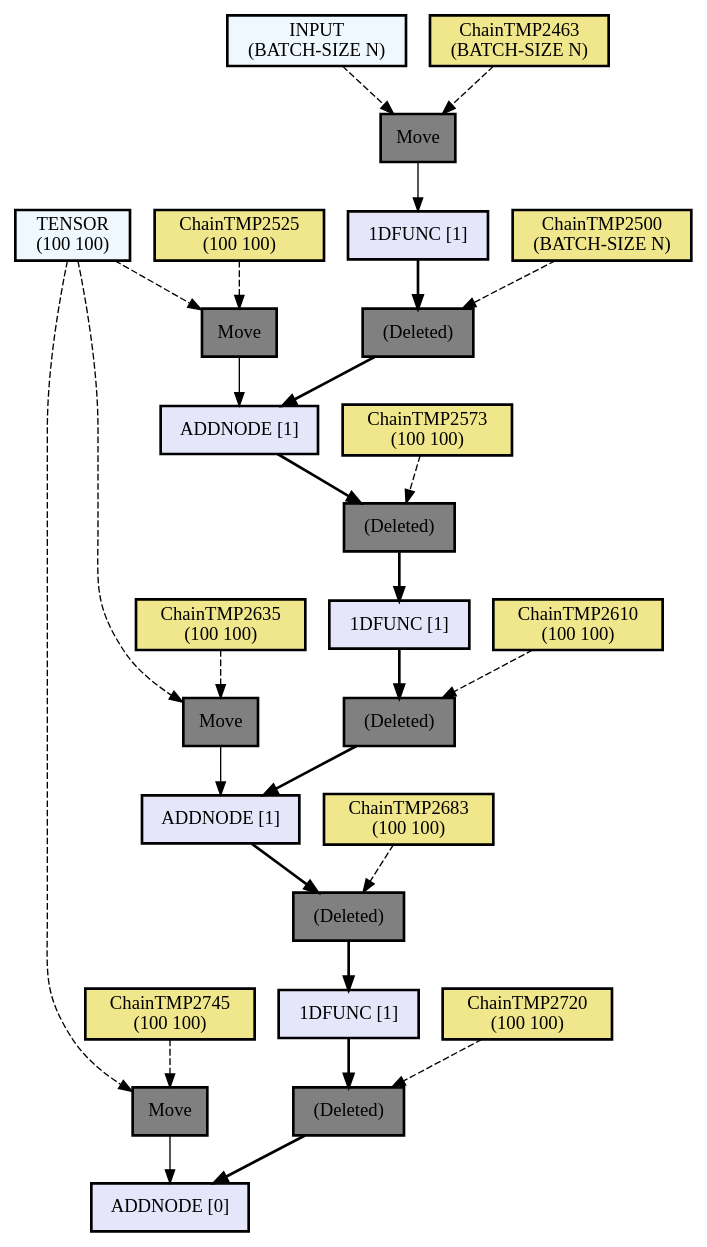
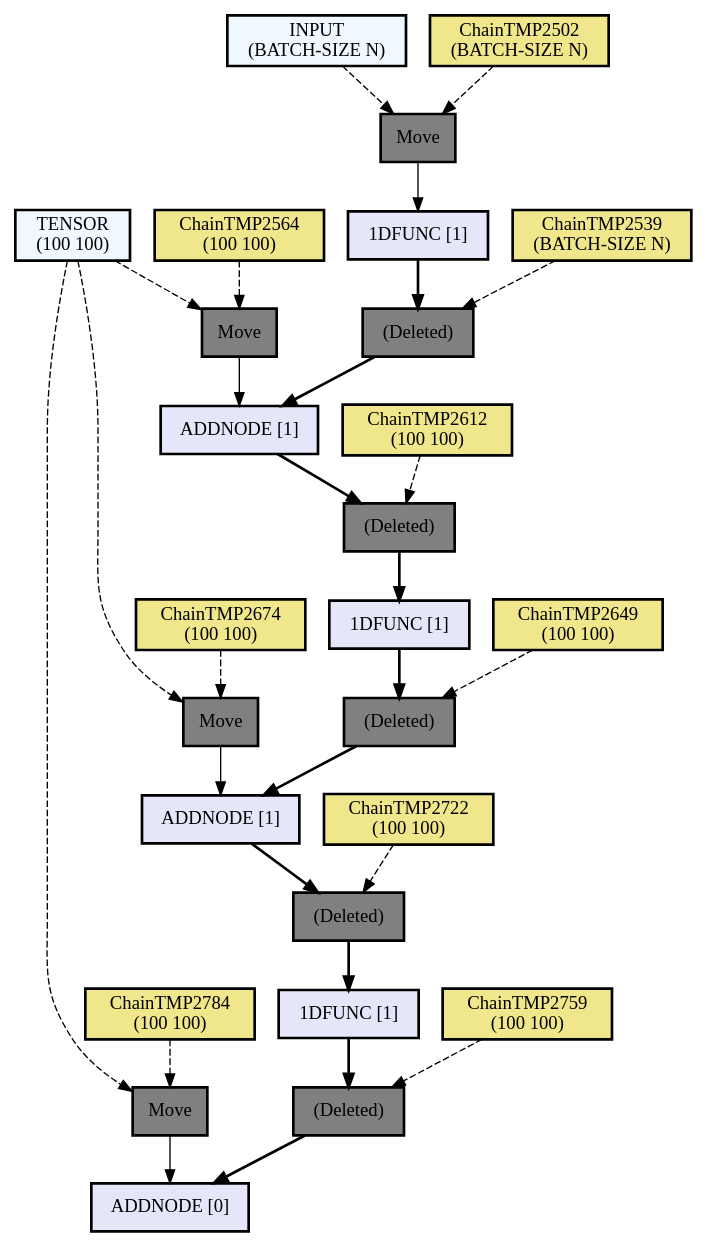
Before and after one commit to hikettei/cl-waffe2: the diagram in assets/out1.dot, drawn with Graphviz. The commit also changed 9 other files, not shown here.

```diff
--- a/assets/out1.dot
+++ b/assets/out1.dot
@@ -1,71 +1,71 @@
 digraph computation_node {
   node[shape="box" style="filled" color="black" penwidth="2"];
   TENSOR [label = "TENSOR
 (100 100)" fillcolor="#f0f8ff" style="filled, solid"];
-  ChainTMP2745 [label = "ChainTMP2745
+  ChainTMP2784 [label = "ChainTMP2784
 (100 100)" fillcolor="#f0e68c" style="filled, solid"];
-  NODE2859 [label = "Move" fillcolor="gray" style="filled, solid"];
+  NODE2898 [label = "Move" fillcolor="gray" style="filled, solid"];
   TENSOR [label = "TENSOR
 (100 100)" fillcolor="#f0f8ff" style="filled, solid"];
-  ChainTMP2635 [label = "ChainTMP2635
+  ChainTMP2674 [label = "ChainTMP2674
 (100 100)" fillcolor="#f0e68c" style="filled, solid"];
-  NODE2856 [label = "Move" fillcolor="gray" style="filled, solid"];
+  NODE2895 [label = "Move" fillcolor="gray" style="filled, solid"];
   TENSOR [label = "TENSOR
 (100 100)" fillcolor="#f0f8ff" style="filled, solid"];
-  ChainTMP2525 [label = "ChainTMP2525
+  ChainTMP2564 [label = "ChainTMP2564
 (100 100)" fillcolor="#f0e68c" style="filled, solid"];
-  NODE2853 [label = "Move" fillcolor="gray" style="filled, solid"];
+  NODE2892 [label = "Move" fillcolor="gray" style="filled, solid"];
   INPUT [label = "INPUT
 (BATCH-SIZE N)" fillcolor="#f0f8ff" style="filled, solid"];
-  ChainTMP2463 [label = "ChainTMP2463
+  ChainTMP2502 [label = "ChainTMP2502
 (BATCH-SIZE N)" fillcolor="#f0e68c" style="filled, solid"];
-  NODE2850 [label = "Move" fillcolor="gray" style="filled, solid"];
-  NODE2849 [label = "1DFUNC [1]" fillcolor="#e6e6fa" style="filled, solid"];
-  ChainTMP2500 [label = "ChainTMP2500
+  NODE2889 [label = "Move" fillcolor="gray" style="filled, solid"];
+  NODE2888 [label = "1DFUNC [1]" fillcolor="#e6e6fa" style="filled, solid"];
+  ChainTMP2539 [label = "ChainTMP2539
 (BATCH-SIZE N)" fillcolor="#f0e68c" style="filled, solid"];
-  NODE2847 [label = "(Deleted)" fillcolor="gray" style="filled, solid"];
-  NODE2846 [label = "ADDNODE [1]" fillcolor="#e6e6fa" style="filled, solid"];
-  ChainTMP2573 [label = "ChainTMP2573
+  NODE2886 [label = "(Deleted)" fillcolor="gray" style="filled, solid"];
+  NODE2885 [label = "ADDNODE [1]" fillcolor="#e6e6fa" style="filled, solid"];
+  ChainTMP2612 [label = "ChainTMP2612
 (100 100)" fillcolor="#f0e68c" style="filled, solid"];
-  NODE2844 [label = "(Deleted)" fillcolor="gray" style="filled, solid"];
-  NODE2843 [label = "1DFUNC [1]" fillcolor="#e6e6fa" style="filled, solid"];
-  ChainTMP2610 [label = "ChainTMP2610
+  NODE2883 [label = "(Deleted)" fillcolor="gray" style="filled, solid"];
+  NODE2882 [label = "1DFUNC [1]" fillcolor="#e6e6fa" style="filled, solid"];
+  ChainTMP2649 [label = "ChainTMP2649
 (100 100)" fillcolor="#f0e68c" style="filled, solid"];
-  NODE2841 [label = "(Deleted)" fillcolor="gray" style="filled, solid"];
-  NODE2840 [label = "ADDNODE [1]" fillcolor="#e6e6fa" style="filled, solid"];
-  ChainTMP2683 [label = "ChainTMP2683
+  NODE2880 [label = "(Deleted)" fillcolor="gray" style="filled, solid"];
+  NODE2879 [label = "ADDNODE [1]" fillcolor="#e6e6fa" style="filled, solid"];
+  ChainTMP2722 [label = "ChainTMP2722
 (100 100)" fillcolor="#f0e68c" style="filled, solid"];
-  NODE2838 [label = "(Deleted)" fillcolor="gray" style="filled, solid"];
-  NODE2837 [label = "1DFUNC [1]" fillcolor="#e6e6fa" style="filled, solid"];
-  ChainTMP2720 [label = "ChainTMP2720
+  NODE2877 [label = "(Deleted)" fillcolor="gray" style="filled, solid"];
+  NODE2876 [label = "1DFUNC [1]" fillcolor="#e6e6fa" style="filled, solid"];
+  ChainTMP2759 [label = "ChainTMP2759
 (100 100)" fillcolor="#f0e68c" style="filled, solid"];
-  NODE2835 [label = "(Deleted)" fillcolor="gray" style="filled, solid"];
-  NODE2834 [label = "ADDNODE [0]" fillcolor="#e6e6fa" style="filled, solid"];
-  NODE2835 -> NODE2834[penwidth="2"];
-  ChainTMP2720 -> NODE2835[style="dashed"];
-  NODE2837 -> NODE2835[penwidth="2"];
-  NODE2838 -> NODE2837[penwidth="2"];
-  ChainTMP2683 -> NODE2838[style="dashed"];
-  NODE2840 -> NODE2838[penwidth="2"];
-  NODE2841 -> NODE2840[penwidth="2"];
-  ChainTMP2610 -> NODE2841[style="dashed"];
-  NODE2843 -> NODE2841[penwidth="2"];
-  NODE2844 -> NODE2843[penwidth="2"];
-  ChainTMP2573 -> NODE2844[style="dashed"];
-  NODE2846 -> NODE2844[penwidth="2"];
-  NODE2847 -> NODE2846[penwidth="2"];
-  ChainTMP2500 -> NODE2847[style="dashed"];
-  NODE2849 -> NODE2847[penwidth="2"];
-  NODE2850 -> NODE2849[weight=10];
-  ChainTMP2463 -> NODE2850[style="dashed"];
-  INPUT -> NODE2850[style="dashed"];
-  NODE2853 -> NODE2846[weight=10];
-  ChainTMP2525 -> NODE2853[style="dashed"];
-  TENSOR -> NODE2853[style="dashed"];
-  NODE2856 -> NODE2840[weight=10];
-  ChainTMP2635 -> NODE2856[style="dashed"];
-  TENSOR -> NODE2856[style="dashed"];
-  NODE2859 -> NODE2834[weight=10];
-  ChainTMP2745 -> NODE2859[style="dashed"];
-  TENSOR -> NODE2859[style="dashed"];
+  NODE2874 [label = "(Deleted)" fillcolor="gray" style="filled, solid"];
+  NODE2873 [label = "ADDNODE [0]" fillcolor="#e6e6fa" style="filled, solid"];
+  NODE2874 -> NODE2873[penwidth="2"];
+  ChainTMP2759 -> NODE2874[style="dashed"];
+  NODE2876 -> NODE2874[penwidth="2"];
+  NODE2877 -> NODE2876[penwidth="2"];
+  ChainTMP2722 -> NODE2877[style="dashed"];
+  NODE2879 -> NODE2877[penwidth="2"];
+  NODE2880 -> NODE2879[penwidth="2"];
+  ChainTMP2649 -> NODE2880[style="dashed"];
+  NODE2882 -> NODE2880[penwidth="2"];
+  NODE2883 -> NODE2882[penwidth="2"];
+  ChainTMP2612 -> NODE2883[style="dashed"];
+  NODE2885 -> NODE2883[penwidth="2"];
+  NODE2886 -> NODE2885[penwidth="2"];
+  ChainTMP2539 -> NODE2886[style="dashed"];
+  NODE2888 -> NODE2886[penwidth="2"];
+  NODE2889 -> NODE2888[weight=10];
+  ChainTMP2502 -> NODE2889[style="dashed"];
+  INPUT -> NODE2889[style="dashed"];
+  NODE2892 -> NODE2885[weight=10];
+  ChainTMP2564 -> NODE2892[style="dashed"];
+  TENSOR -> NODE2892[style="dashed"];
+  NODE2895 -> NODE2879[weight=10];
+  ChainTMP2674 -> NODE2895[style="dashed"];
+  TENSOR -> NODE2895[style="dashed"];
+  NODE2898 -> NODE2873[weight=10];
+  ChainTMP2784 -> NODE2898[style="dashed"];
+  TENSOR -> NODE2898[style="dashed"];
 }
```
